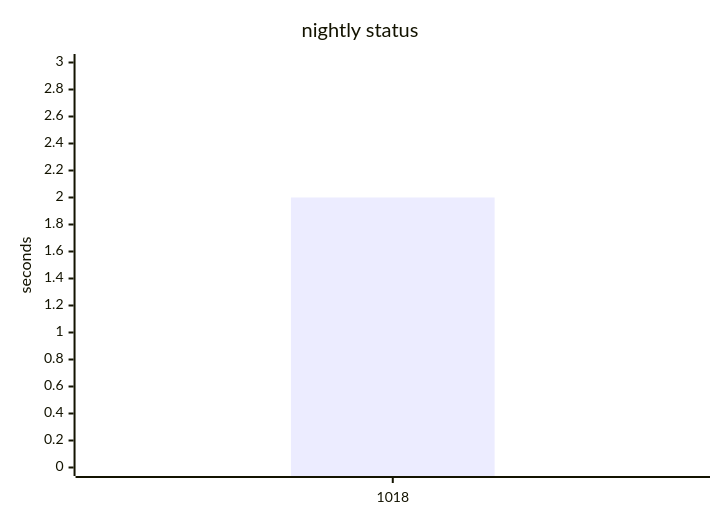
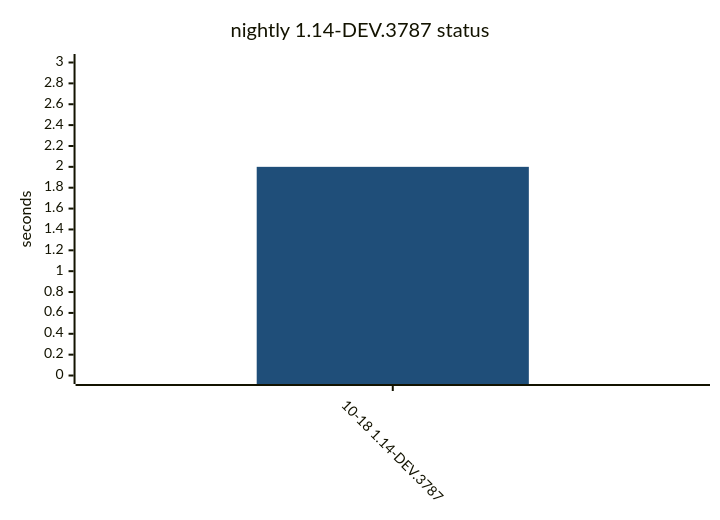
Before and after one commit to yamanori99/DistSSHQueue.jl: diagram 12 of 15 in README.md, drawn with Mermaid. The commit also changed other lines of this file and 1 other file, not shown here.

Commit message:
Record compile bench for 1.14-nightly.

````diff
--- a/README.md
+++ b/README.md
@@ -300,7 +410,17 @@
 ```mermaid
+---
+config:
+  theme: base
+  themeVariables:
+    xyChart:
+      plotColorPalette: "#1f4e79"
+  xyChart:
+    xAxis:
+      labelRotation: 45
+---
 xychart-beta
-    title "nightly status"
-    x-axis ["1018"]
+    title "nightly 1.14-DEV.3787 status"
+    x-axis ["10-18 1.14-DEV.3787"]
     y-axis "seconds" 0 --> 3
     bar [2.0]
 ```
````
